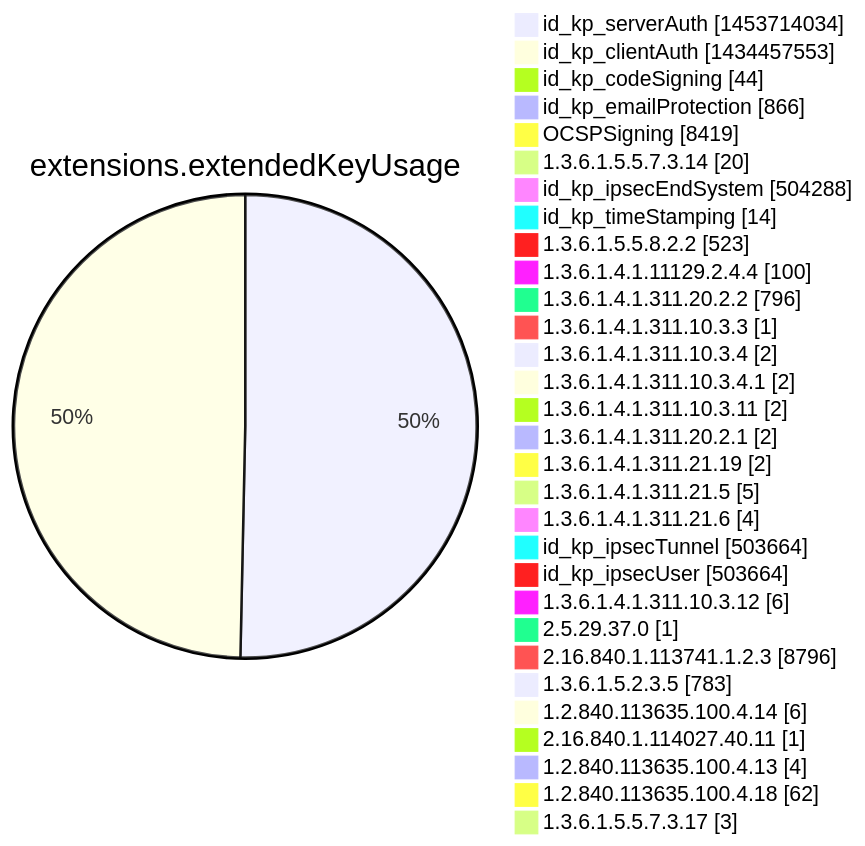
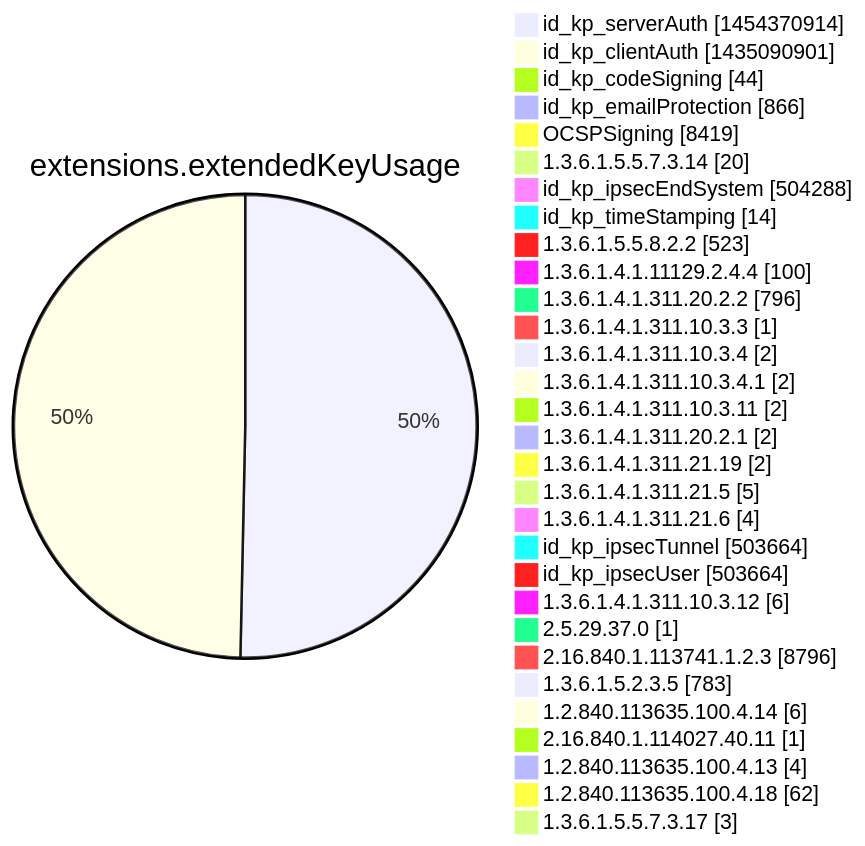
One commit to christiankrug/ctmonitor_visualization changed diagram 12 of 15 in argon2022/README.md. Above: the diagram before and after it, drawn with Mermaid. The commit also changed other lines of this file, not shown here.

````diff
--- a/argon2022/README.md
+++ b/argon2022/README.md
@@ -3555,34 +3555,34 @@
 ```mermaid
 pie showData
 title extensions.extendedKeyUsage
-"id_kp_serverAuth" :1453714034
-"id_kp_clientAuth" :1434457553
+"id_kp_serverAuth" :1454370914
+"id_kp_clientAuth" :1435090901
 "id_kp_codeSigning" :44
 "id_kp_emailProtection" :866
 "OCSPSigning" :8419
 "1.3.6.1.5.5.7.3.14" :20
 "id_kp_ipsecEndSystem" :504288
 "id_kp_timeStamping" :14
 "1.3.6.1.5.5.8.2.2" :523
 "1.3.6.1.4.1.11129.2.4.4" :100
 "1.3.6.1.4.1.311.20.2.2" :796
 "1.3.6.1.4.1.311.10.3.3" :1
 "1.3.6.1.4.1.311.10.3.4" :2
 "1.3.6.1.4.1.311.10.3.4.1" :2
 "1.3.6.1.4.1.311.10.3.11" :2
 "1.3.6.1.4.1.311.20.2.1" :2
 "1.3.6.1.4.1.311.21.19" :2
 "1.3.6.1.4.1.311.21.5" :5
 "1.3.6.1.4.1.311.21.6" :4
 "id_kp_ipsecTunnel" :503664
 "id_kp_ipsecUser" :503664
 "1.3.6.1.4.1.311.10.3.12" :6
 "2.5.29.37.0" :1
 "2.16.840.1.113741.1.2.3" :8796
 "1.3.6.1.5.2.3.5" :783
 "1.2.840.113635.100.4.14" :6
 "2.16.840.1.114027.40.11" :1
 "1.2.840.113635.100.4.13" :4
 "1.2.840.113635.100.4.18" :62
 "1.3.6.1.5.5.7.3.17" :3
 ```
````
